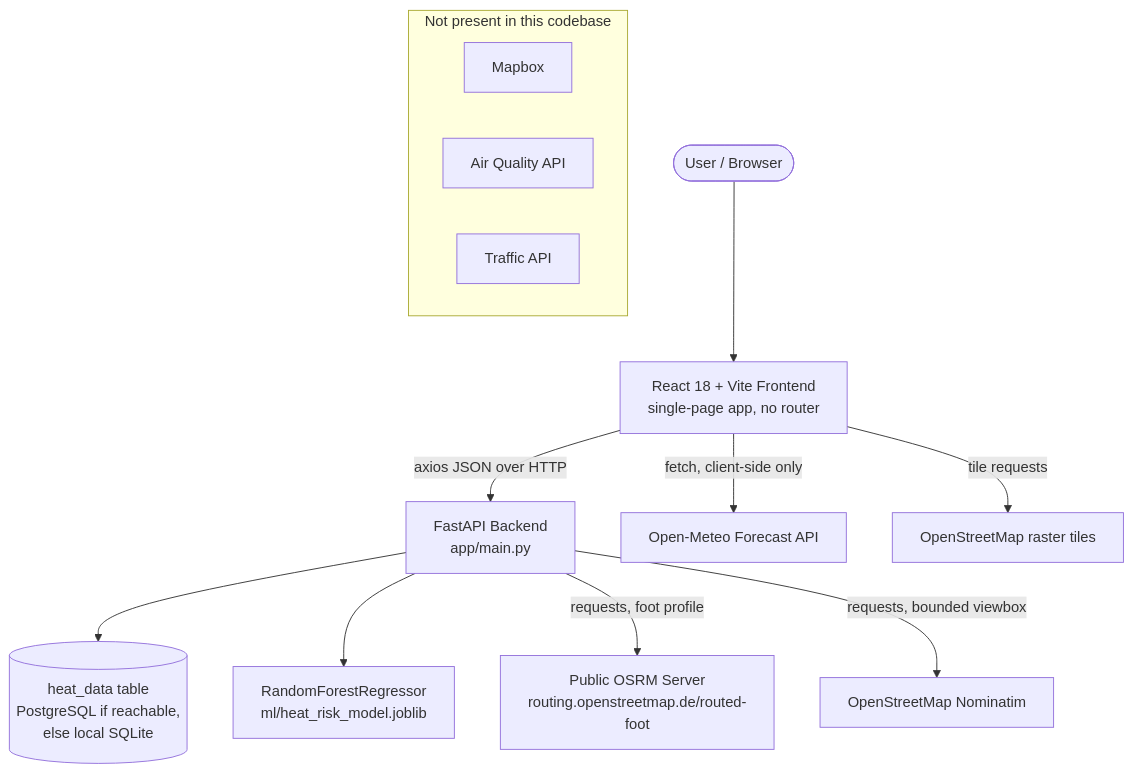
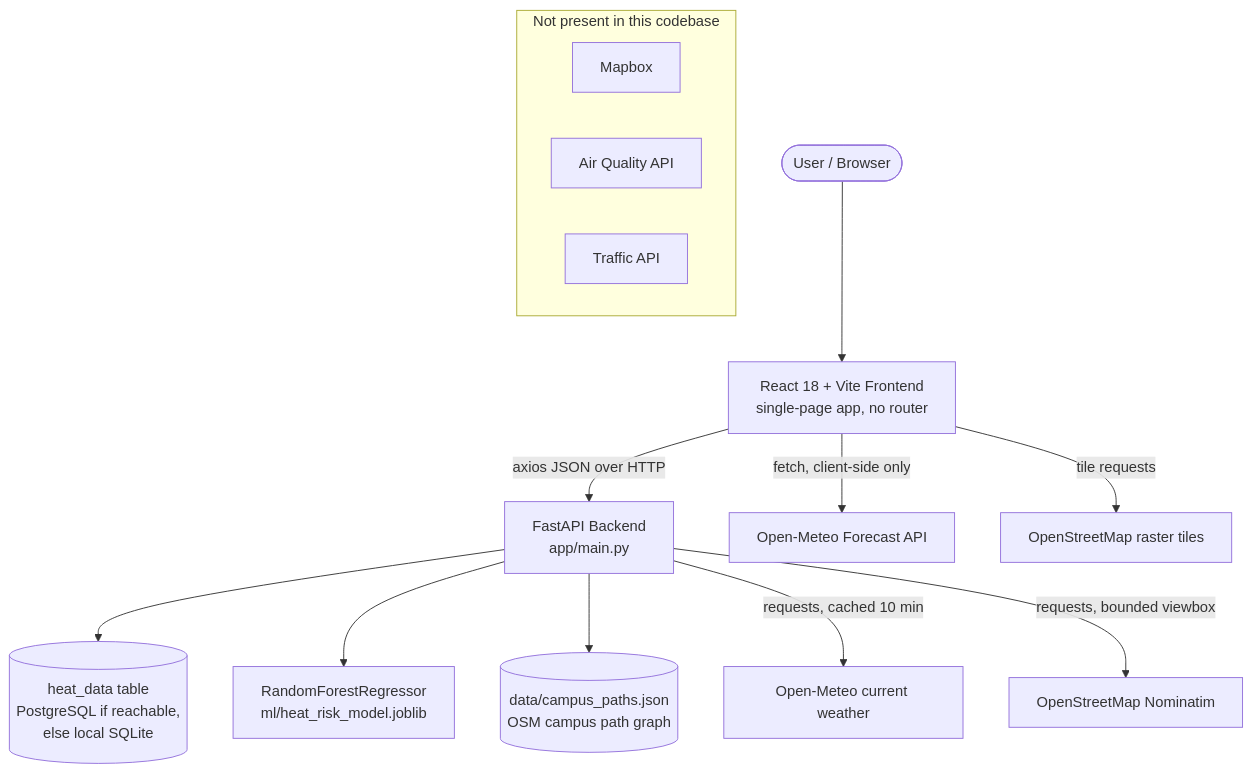
One commit to Rohit-1123/UrbanHeat changed the first of 4 diagrams in docs/ARCHITECTURE.md. Above: the diagram before and after it, drawn with Mermaid. The commit also changed other lines of this file and 57 other files, not shown here.

````diff
--- a/docs/ARCHITECTURE.md
+++ b/docs/ARCHITECTURE.md
@@ -9,19 +9,20 @@
 ```mermaid
 flowchart TD
     User([User / Browser]) --> FE[React 18 + Vite Frontend\nsingle-page app, no router]
     FE -->|axios JSON over HTTP| BE[FastAPI Backend\napp/main.py]
 
     BE --> DB[(heat_data table\nPostgreSQL if reachable,\nelse local SQLite)]
     BE --> ML[RandomForestRegressor\nml/heat_risk_model.joblib]
-    BE -->|requests, foot profile| OSRM[Public OSRM Server\nrouting.openstreetmap.de/routed-foot]
+    BE --> GR[(data/campus_paths.json\nOSM campus path graph)]
+    BE -->|requests, cached 10 min| OMB[Open-Meteo current weather]
     BE -->|requests, bounded viewbox| NOM[OpenStreetMap Nominatim]
 
     FE -->|fetch, client-side only| OM[Open-Meteo Forecast API]
     FE -->|tile requests| TILES[OpenStreetMap raster tiles]
 
     subgraph "Not present in this codebase"
       MB[Mapbox]
       AQ[Air Quality API]
       TR[Traffic API]
     end
 ```
````
